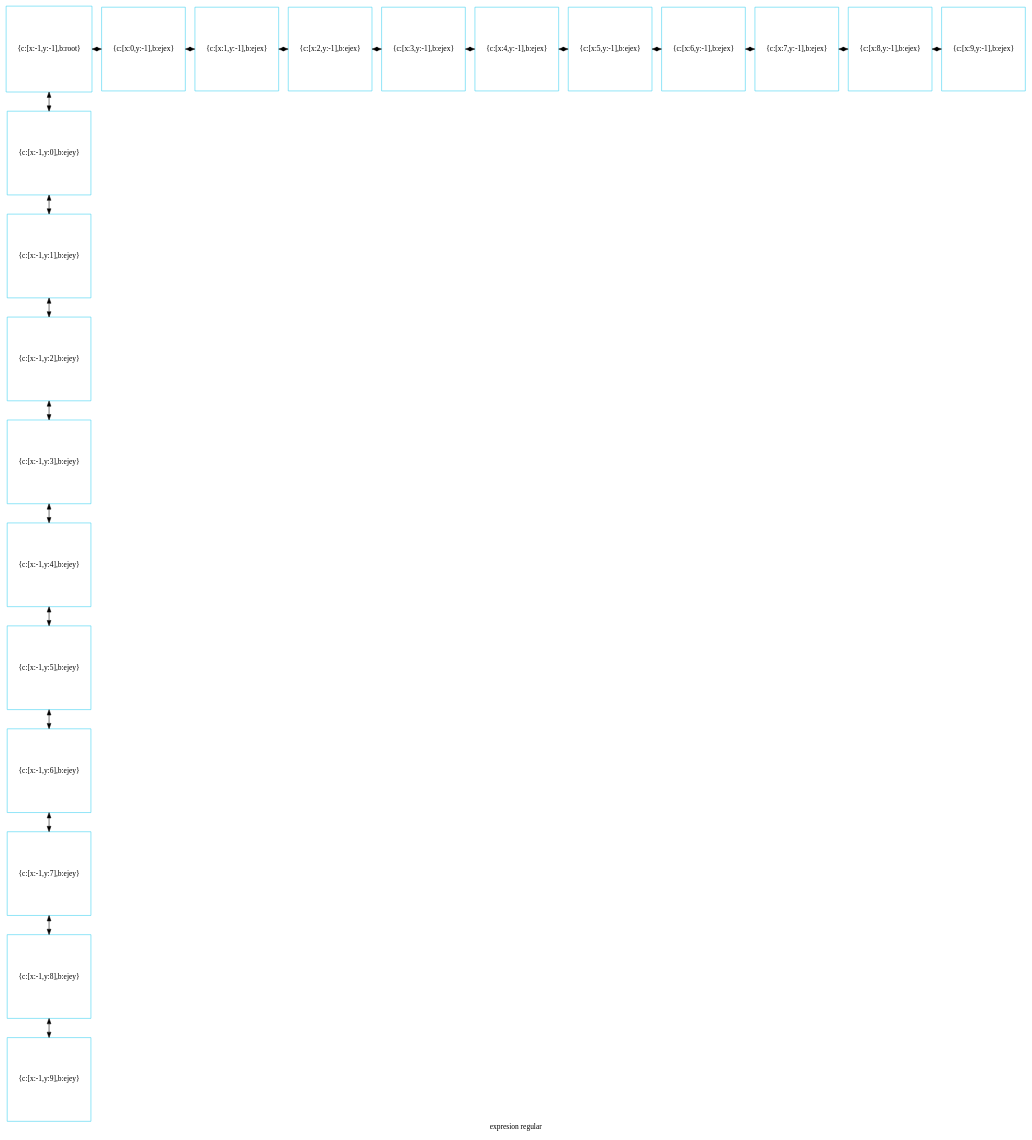
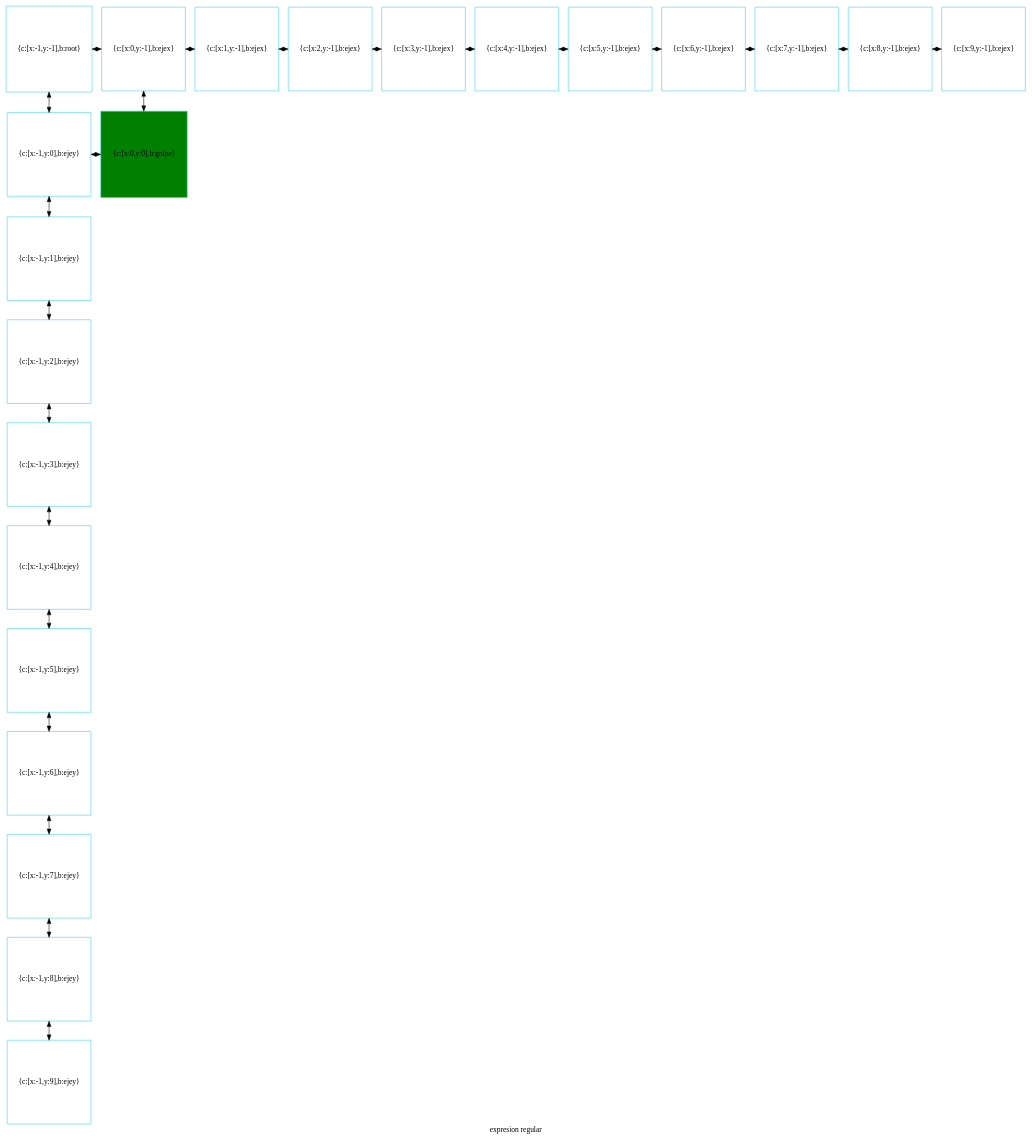
One commit to betebetoven/EDDS2F2 changed the diagram in disp_compu.dot. Above: the diagram before and after it, drawn with Graphviz. The commit also changed 35 other files, not shown here.

```diff
--- a/disp_compu.dot
+++ b/disp_compu.dot
@@ -1,61 +1,64 @@
 digraph G
 {label="expresion regular"
         node[shape = square]
         node[style = filled]
         node[fillcolor = "#EEEEE"]
         node[color = "#EEEEE"]
         node[color = "#31CEF0"]
 
-2268186042832[label="{c:[x:-1,y:-1],b:root}",fillcolor = "white"]
-2268186043648[label="{c:[x:0,y:-1],b:ejex}",fillcolor = "white"]
-2268186043792[label="{c:[x:1,y:-1],b:ejex}",fillcolor = "white"]
-2268186043936[label="{c:[x:2,y:-1],b:ejex}",fillcolor = "white"]
-2268186044080[label="{c:[x:3,y:-1],b:ejex}",fillcolor = "white"]
-2268186044224[label="{c:[x:4,y:-1],b:ejex}",fillcolor = "white"]
-2268186044368[label="{c:[x:5,y:-1],b:ejex}",fillcolor = "white"]
-2268186044512[label="{c:[x:6,y:-1],b:ejex}",fillcolor = "white"]
-2268186044656[label="{c:[x:7,y:-1],b:ejex}",fillcolor = "white"]
-2268186044800[label="{c:[x:8,y:-1],b:ejex}",fillcolor = "white"]
-2268186044944[label="{c:[x:9,y:-1],b:ejex}",fillcolor = "white"]
-2268186045088[label="{c:[x:-1,y:0],b:ejey}",fillcolor = "white"]
-2268186045232[label="{c:[x:-1,y:1],b:ejey}",fillcolor = "white"]
-2268186045376[label="{c:[x:-1,y:2],b:ejey}",fillcolor = "white"]
-2268186045520[label="{c:[x:-1,y:3],b:ejey}",fillcolor = "white"]
-2268186045664[label="{c:[x:-1,y:4],b:ejey}",fillcolor = "white"]
-2268186045808[label="{c:[x:-1,y:5],b:ejey}",fillcolor = "white"]
-2268186045952[label="{c:[x:-1,y:6],b:ejey}",fillcolor = "white"]
-2268186046096[label="{c:[x:-1,y:7],b:ejey}",fillcolor = "white"]
-2268186046240[label="{c:[x:-1,y:8],b:ejey}",fillcolor = "white"]
-2268186046384[label="{c:[x:-1,y:9],b:ejey}",fillcolor = "white"]
-2268186042832->2268186045088[dir = both];
-2268186045088->2268186045232[dir = both];
-2268186045232->2268186045376[dir = both];
-2268186045376->2268186045520[dir = both];
-2268186045520->2268186045664[dir = both];
-2268186045664->2268186045808[dir = both];
-2268186045808->2268186045952[dir = both];
-2268186045952->2268186046096[dir = both];
-2268186046096->2268186046240[dir = both];
-2268186046240->2268186046384[dir = both];
-2268186042832->2268186043648[dir = both];
-2268186043648->2268186043792[dir = both];
-2268186043792->2268186043936[dir = both];
-2268186043936->2268186044080[dir = both];
-2268186044080->2268186044224[dir = both];
-2268186044224->2268186044368[dir = both];
-2268186044368->2268186044512[dir = both];
-2268186044512->2268186044656[dir = both];
-2268186044656->2268186044800[dir = both];
-2268186044800->2268186044944[dir = both];
- {rank=same; 2268186042832;2268186043648;2268186043792;2268186043936;2268186044080;2268186044224;2268186044368;2268186044512;2268186044656;2268186044800;2268186044944;}
- {rank=same; 2268186045088;}
- {rank=same; 2268186045232;}
- {rank=same; 2268186045376;}
- {rank=same; 2268186045520;}
- {rank=same; 2268186045664;}
- {rank=same; 2268186045808;}
- {rank=same; 2268186045952;}
- {rank=same; 2268186046096;}
- {rank=same; 2268186046240;}
- {rank=same; 2268186046384;}
+2390411979952[label="{c:[x:-1,y:-1],b:root}",fillcolor = "white"]
+2390411980432[label="{c:[x:0,y:-1],b:ejex}",fillcolor = "white"]
+2390411980576[label="{c:[x:1,y:-1],b:ejex}",fillcolor = "white"]
+2390411980720[label="{c:[x:2,y:-1],b:ejex}",fillcolor = "white"]
+2390411980864[label="{c:[x:3,y:-1],b:ejex}",fillcolor = "white"]
+2390411981008[label="{c:[x:4,y:-1],b:ejex}",fillcolor = "white"]
+2390411981152[label="{c:[x:5,y:-1],b:ejex}",fillcolor = "white"]
+2390411981296[label="{c:[x:6,y:-1],b:ejex}",fillcolor = "white"]
+2390411981440[label="{c:[x:7,y:-1],b:ejex}",fillcolor = "white"]
+2390411981584[label="{c:[x:8,y:-1],b:ejex}",fillcolor = "white"]
+2390411981728[label="{c:[x:9,y:-1],b:ejex}",fillcolor = "white"]
+2390411981872[label="{c:[x:-1,y:0],b:ejey}",fillcolor = "white"]
+2390411969968[label="{c:[x:0,y:0],b:golpe}",fillcolor = "green"]
+2390411982016[label="{c:[x:-1,y:1],b:ejey}",fillcolor = "white"]
+2390411982160[label="{c:[x:-1,y:2],b:ejey}",fillcolor = "white"]
+2390411982304[label="{c:[x:-1,y:3],b:ejey}",fillcolor = "white"]
+2390411982448[label="{c:[x:-1,y:4],b:ejey}",fillcolor = "white"]
+2390411982592[label="{c:[x:-1,y:5],b:ejey}",fillcolor = "white"]
+2390411982736[label="{c:[x:-1,y:6],b:ejey}",fillcolor = "white"]
+2390411982880[label="{c:[x:-1,y:7],b:ejey}",fillcolor = "white"]
+2390411983024[label="{c:[x:-1,y:8],b:ejey}",fillcolor = "white"]
+2390411983168[label="{c:[x:-1,y:9],b:ejey}",fillcolor = "white"]
+2390411979952->2390411981872[dir = both];
+2390411981872->2390411982016[dir = both];
+2390411982016->2390411982160[dir = both];
+2390411982160->2390411982304[dir = both];
+2390411982304->2390411982448[dir = both];
+2390411982448->2390411982592[dir = both];
+2390411982592->2390411982736[dir = both];
+2390411982736->2390411982880[dir = both];
+2390411982880->2390411983024[dir = both];
+2390411983024->2390411983168[dir = both];
+2390411980432->2390411969968[dir = both];
+2390411979952->2390411980432[dir = both];
+2390411980432->2390411980576[dir = both];
+2390411980576->2390411980720[dir = both];
+2390411980720->2390411980864[dir = both];
+2390411980864->2390411981008[dir = both];
+2390411981008->2390411981152[dir = both];
+2390411981152->2390411981296[dir = both];
+2390411981296->2390411981440[dir = both];
+2390411981440->2390411981584[dir = both];
+2390411981584->2390411981728[dir = both];
+2390411981872->2390411969968[constraint=false,dir = both];
+ {rank=same; 2390411979952;2390411980432;2390411980576;2390411980720;2390411980864;2390411981008;2390411981152;2390411981296;2390411981440;2390411981584;2390411981728;}
+ {rank=same; 2390411981872;2390411969968;}
+ {rank=same; 2390411982016;}
+ {rank=same; 2390411982160;}
+ {rank=same; 2390411982304;}
+ {rank=same; 2390411982448;}
+ {rank=same; 2390411982592;}
+ {rank=same; 2390411982736;}
+ {rank=same; 2390411982880;}
+ {rank=same; 2390411983024;}
+ {rank=same; 2390411983168;}
 }
```
